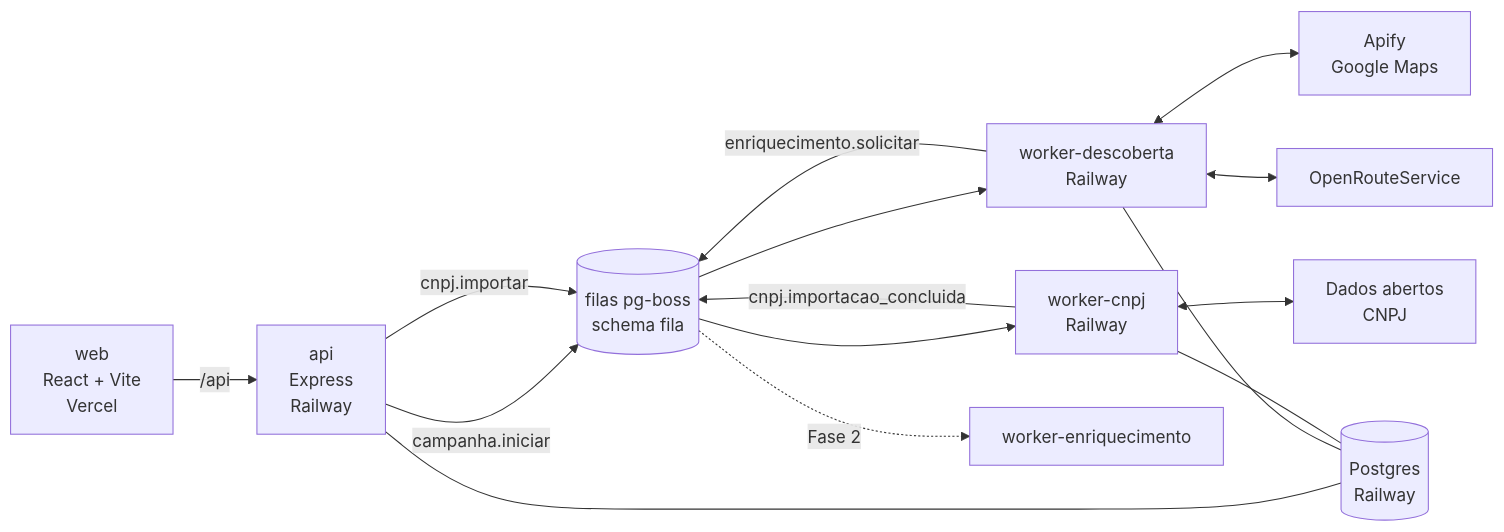
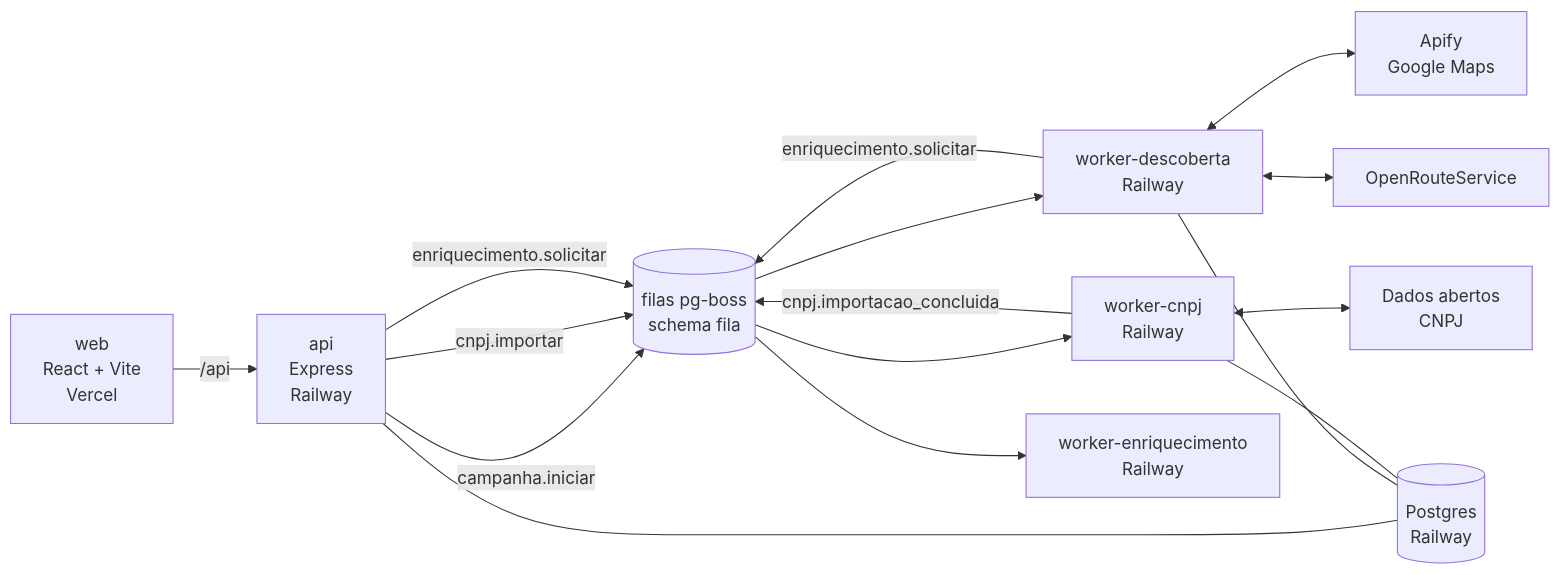
The diagram in README.md (Leonardodevcloud/prospeccao), drawn with Mermaid before and after one commit. The commit also changed other lines of this file and 28 other files, not shown here.

Commit message:
Fase 2: enriquecimento

````diff
--- a/README.md
+++ b/README.md
@@ -17,17 +17,18 @@
 ```mermaid
 flowchart LR
   web[web<br/>React + Vite<br/>Vercel] -- /api --> api[api<br/>Express<br/>Railway]
   api -- campanha.iniciar --> fila[(filas pg-boss<br/>schema fila)]
   api -- cnpj.importar --> fila
   fila --> wd[worker-descoberta<br/>Railway]
   fila --> wc[worker-cnpj<br/>Railway]
   wc -- cnpj.importacao_concluida --> fila
   wd -- enriquecimento.solicitar --> fila
-  fila -. Fase 2 .-> we[worker-enriquecimento]
+  fila --> we[worker-enriquecimento<br/>Railway]
+  api -- enriquecimento.solicitar --> fila
   wd <--> apify[Apify<br/>Google Maps]
   wd <--> ors[OpenRouteService]
   wc <--> receita[Dados abertos<br/>CNPJ]
   api --- db[(Postgres<br/>Railway)]
   wd --- db
   wc --- db
 ```
````
